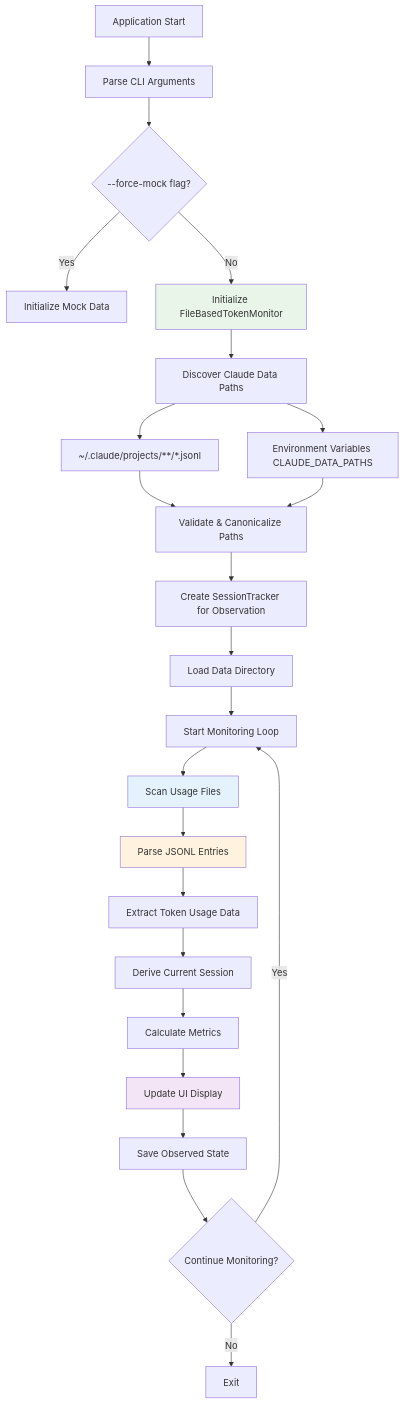
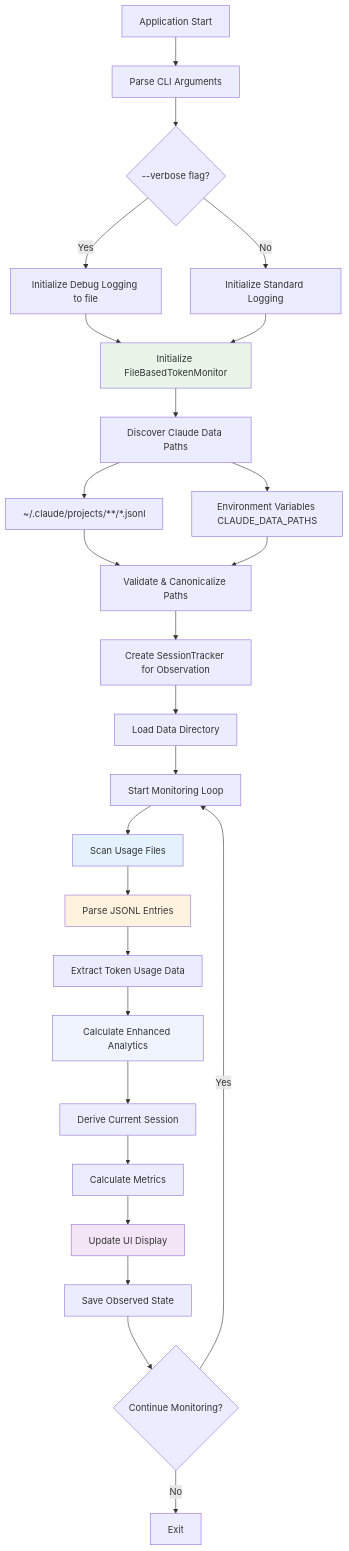
The diagram in claude-token-monitor/README.md (teamktown/r-mcpsec), drawn with Mermaid before and after one commit. The commit also changed other lines of this file, not shown here.

First line of the commit message:
docs: comprehensive README update for v0.2.6 with enhanced UI and logging

````diff
--- a/claude-token-monitor/README.md
+++ b/claude-token-monitor/README.md
@@ -282,33 +362,37 @@
 ```mermaid
 flowchart TD
     A[Application Start] --> B[Parse CLI Arguments]
-    B --> C{--force-mock flag?}
-    C -->|Yes| D[Initialize Mock Data]
-    C -->|No| E[Initialize FileBasedTokenMonitor]
+    B --> C{--verbose flag?}
+    C -->|Yes| D[Initialize Debug Logging to file]
+    C -->|No| E[Initialize Standard Logging]
+    D --> F[Initialize FileBasedTokenMonitor]
+    E --> F
     
-    E --> F[Discover Claude Data Paths]
-    F --> G[~/.claude/projects/**/*.jsonl]
-    F --> H[Environment Variables CLAUDE_DATA_PATHS]
+    F --> G[Discover Claude Data Paths]
+    G --> H[~/.claude/projects/**/*.jsonl]
+    G --> I[Environment Variables CLAUDE_DATA_PATHS]
     
-    G --> I[Validate & Canonicalize Paths]
-    H --> I
-    I --> J[Create SessionTracker for Observation]
-    J --> K[Load Data Directory]
-    K --> L[Start Monitoring Loop]
+    H --> J[Validate & Canonicalize Paths]
+    I --> J
+    J --> K[Create SessionTracker for Observation]
+    K --> L[Load Data Directory]
+    L --> M[Start Monitoring Loop]
     
-    L --> M[Scan Usage Files]
-    M --> N[Parse JSONL Entries]
-    N --> O[Extract Token Usage Data]
-    O --> P[Derive Current Session]
-    P --> Q[Calculate Metrics]
-    Q --> R[Update UI Display]
-    R --> S[Save Observed State]
-    S --> T{Continue Monitoring?}
-    T -->|Yes| L
-    T -->|No| U[Exit]
+    M --> N[Scan Usage Files]
+    N --> O[Parse JSONL Entries]
+    O --> P[Extract Token Usage Data]
+    P --> Q[Calculate Enhanced Analytics]
+    Q --> R[Derive Current Session]
+    R --> S[Calculate Metrics]
+    S --> T[Update UI Display]
+    T --> U[Save Observed State]
+    U --> V{Continue Monitoring?}
+    V -->|Yes| M
+    V -->|No| W[Exit]
     
-    style E fill:#e8f5e8
-    style M fill:#e3f2fd
-    style N fill:#fff3e0
-    style R fill:#f3e5f5
+    style F fill:#e8f5e8
+    style N fill:#e3f2fd
+    style O fill:#fff3e0
+    style Q fill:#f0f4ff
+    style T fill:#f3e5f5
 ```
````
